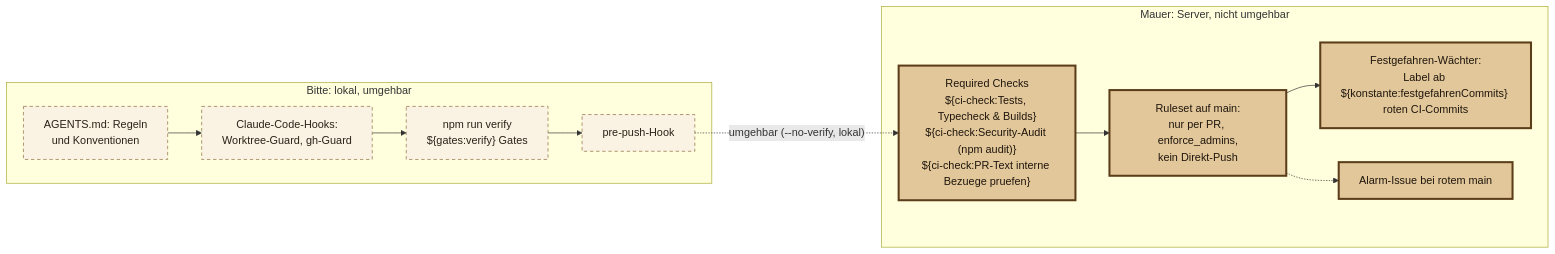
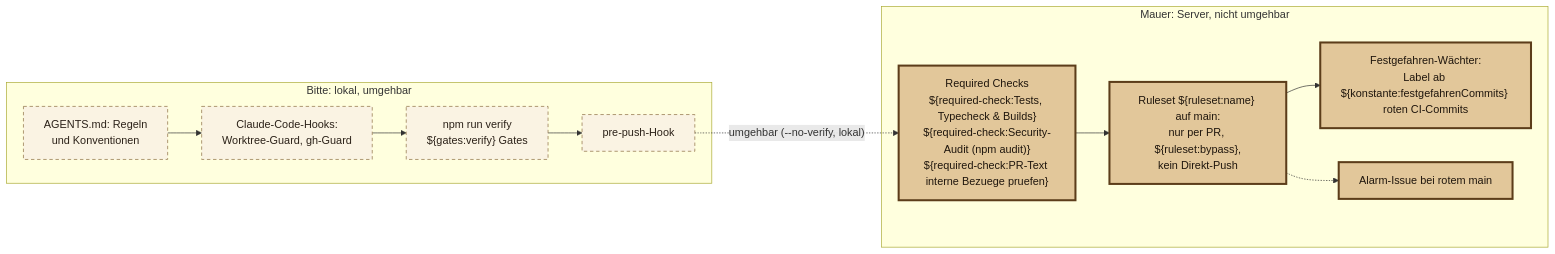
The diagram in docs/diagramme/leitplanken-schichten.mmd (fluffels/kubernia), drawn with Mermaid before and after one commit. The commit also changed 57 other files, not shown here.

```diff
--- a/docs/diagramme/leitplanken-schichten.mmd
+++ b/docs/diagramme/leitplanken-schichten.mmd
@@ -1,23 +1,23 @@
 flowchart LR
   subgraph bitte["Bitte: lokal, umgehbar"]
     regeln["AGENTS.md: Regeln<br/>und Konventionen"]
     hooks["Claude-Code-Hooks:<br/>Worktree-Guard, gh-Guard"]
     verify["npm run verify<br/>${gates:verify} Gates"]
     prepush["pre-push-Hook"]
   end
   subgraph mauer["Mauer: Server, nicht umgehbar"]
-    checks["Required Checks<br/>${ci-check:Tests, Typecheck & Builds}<br/>${ci-check:Security-Audit (npm audit)}<br/>${ci-check:PR-Text interne Bezuege pruefen}"]
-    ruleset["Ruleset auf main:<br/>nur per PR, enforce_admins,<br/>kein Direkt-Push"]
+    checks["Required Checks<br/>${required-check:Tests, Typecheck & Builds}<br/>${required-check:Security-Audit (npm audit)}<br/>${required-check:PR-Text interne Bezuege pruefen}"]
+    ruleset["Ruleset ${ruleset:name} auf main:<br/>nur per PR, ${ruleset:bypass},<br/>kein Direkt-Push"]
     wachter["Festgefahren-Wächter:<br/>Label ab ${konstante:festgefahrenCommits} roten CI-Commits"]
     alarm["Alarm-Issue bei rotem main"]
   end
   regeln --> hooks --> verify --> prepush
   prepush -. "umgehbar (--no-verify, lokal)" .-> checks
   checks --> ruleset
   ruleset --> wachter
   ruleset -.-> alarm
 
   classDef bittecls fill:#faf3e3,stroke:#8a6a3f,color:#2b2118,stroke-dasharray:5 4
   classDef mauercls fill:#e2c79a,stroke:#5c3d1a,color:#1f160d,stroke-width:3px
   class regeln,hooks,verify,prepush bittecls
   class checks,ruleset,wachter,alarm mauercls
```
